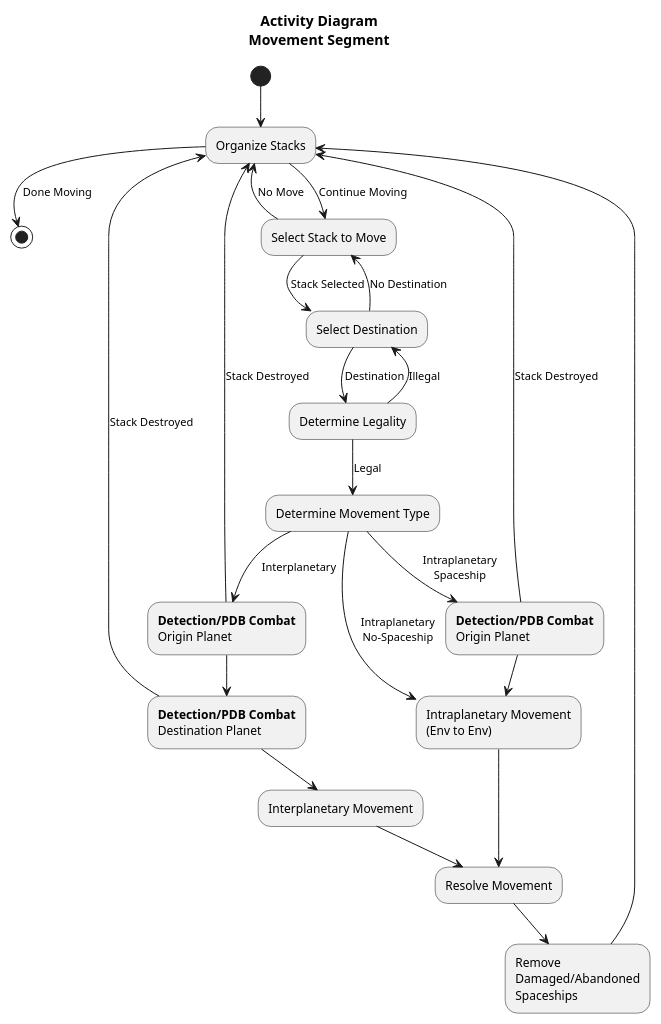
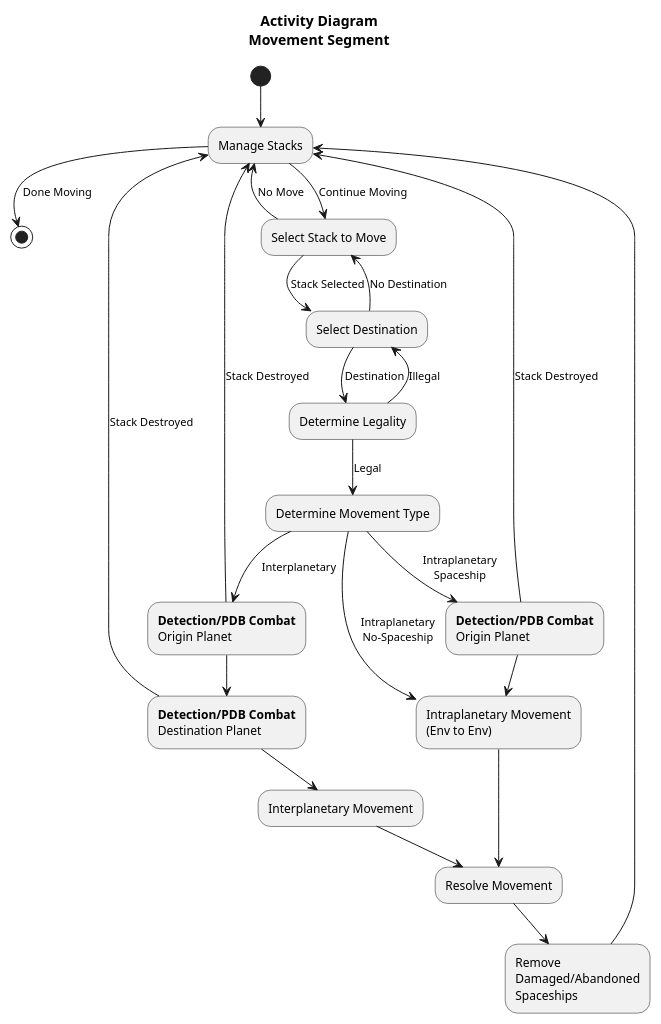
Before and after one commit to ui-cs383/Activity-Diagrams: the diagram in Movement/Movement-Segment.plantuml, drawn with PlantUML. The commit also changed 3 other files, not shown here.

Commit message:
Added rules notes. Changed some "Organize Stacks" to "Manage Stacks" to differentiate between the different processes.

```diff
--- a/Movement/Movement-Segment.plantuml
+++ b/Movement/Movement-Segment.plantuml
@@ -1,51 +1,56 @@
 @startuml
 
 ' Movement Segment
 ' Written by Samuel Foster
 ' Parents: /Turn/Operations-Phase
 ' Children: /Combat/Detection-PDB-Combat
 
 title Activity Diagram\nMovement Segment
 
-(*) --> "Organize Stacks" as OS
+(*) --> "Manage Stacks" as OS
+'Note, this includes transporting Non-Mobile Military Units
 
 OS -->[Done Moving] (*)
 OS -->[Continue Moving] "Select Stack to Move" as SS   
 'Note, all units in the stack must have not moved
 
 SS -->[No Move] OS
 SS -->[Stack Selected] "Select Destination" as SD
 
 SD -->[No Destination] SS
 SD -->[Destination] "Determine Legality" as DL    
 'Note, possibly warn players of overfilling destination environ
 
 DL -->[Illegal] SD
 DL -->[Legal] "Determine Movement Type" as DM
-
+'Note: Characters can only make Interplanetary movements if stacked with a Spaceship or Mobile Military Unit(s)
+'Non-Mobile Military Units can only be moved if transported by a Mobile Military Unit
+'A Spaceship may only be moved if it is stacked with Military Units or a Character with Navigation >= 1
+'A Spaceship has a maximum capacity when carrying only Characters
+'Players "should" be warned about legal, but stupid moves (like abandoning a Spaceship or overfilling an Environ)
 
 DM -->[Intraplanetary\nSpaceship] "<b>Detection/PDB Combat\nOrigin Planet" as DROP1
 DROP1 --> "Intraplanetary Movement\n(Env to Env)" as IMEE
 DM -->[Intraplanetary\nNo-Spaceship] IMEE
 ' Note, Detection is removed on Characters
 DM -->[Interplanetary] "<b>Detection/PDB Combat\nOrigin Planet" as DROP2
 ' Note, if no Detection routine is possible when leaving planet, Detection is removed on Characters
 DROP2 --> "<b>Detection/PDB Combat\nDestination Planet" as DRDP1
 DRDP1 --> "Interplanetary Movement" as IMPP
 
 DROP1 -->[Stack Destroyed] OS
 DROP2 -->[Stack Destroyed] OS
 DRDP1 -->[Stack Destroyed] OS
 
 IMEE --> "Resolve Movement" as RM
 IMPP --> RM
 
 RM --> "Remove\nDamaged/Abandoned\nSpaceships" as RBS
 
 RBS --> OS
 
 '-->[Destination too Small\nfor Military Units] "Warn Player" as WP
 'WP -->[Continue] "
 'WP -->[Cancel] SD
 
 @enduml
```
